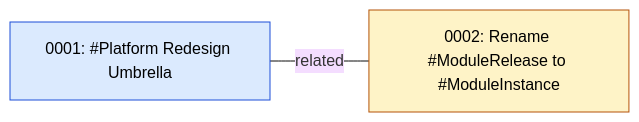
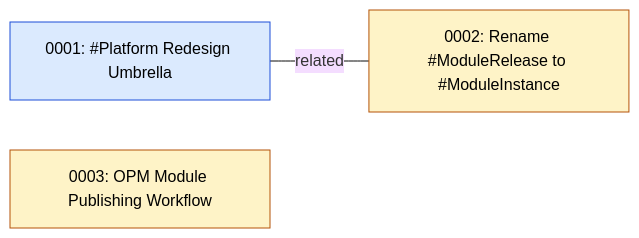
Before and after one commit to open-platform-model/enhancements: the first of 2 diagrams in GRAPH.md, drawn with Mermaid (base theme). The commit also changed 11 other files, not shown here.

First line of the commit message:
docs(enhancements): add 0003 OPM module publishing workflow (#2)

````diff
--- a/GRAPH.md
+++ b/GRAPH.md
@@ -5,13 +5,14 @@
 ```mermaid
 graph LR
   classDef draft       fill:#fef3c7,stroke:#b45309,color:#000
   classDef accepted    fill:#dbeafe,stroke:#1d4ed8,color:#000
   classDef implemented fill:#dcfce7,stroke:#15803d,color:#000
   classDef superseded  fill:#e5e7eb,stroke:#6b7280,color:#6b7280
   classDef legacy      fill:#fafafa,stroke:#9ca3af,color:#6b7280,stroke-dasharray:3 3
 
   N0001["0001: #Platform Redesign Umbrella"]:::accepted
   N0002["0002: Rename #ModuleRelease to #ModuleInstance"]:::draft
+  N0003["0003: OPM Module Publishing Workflow"]:::draft
 
   N0001 ---|related| N0002
 ```
````
